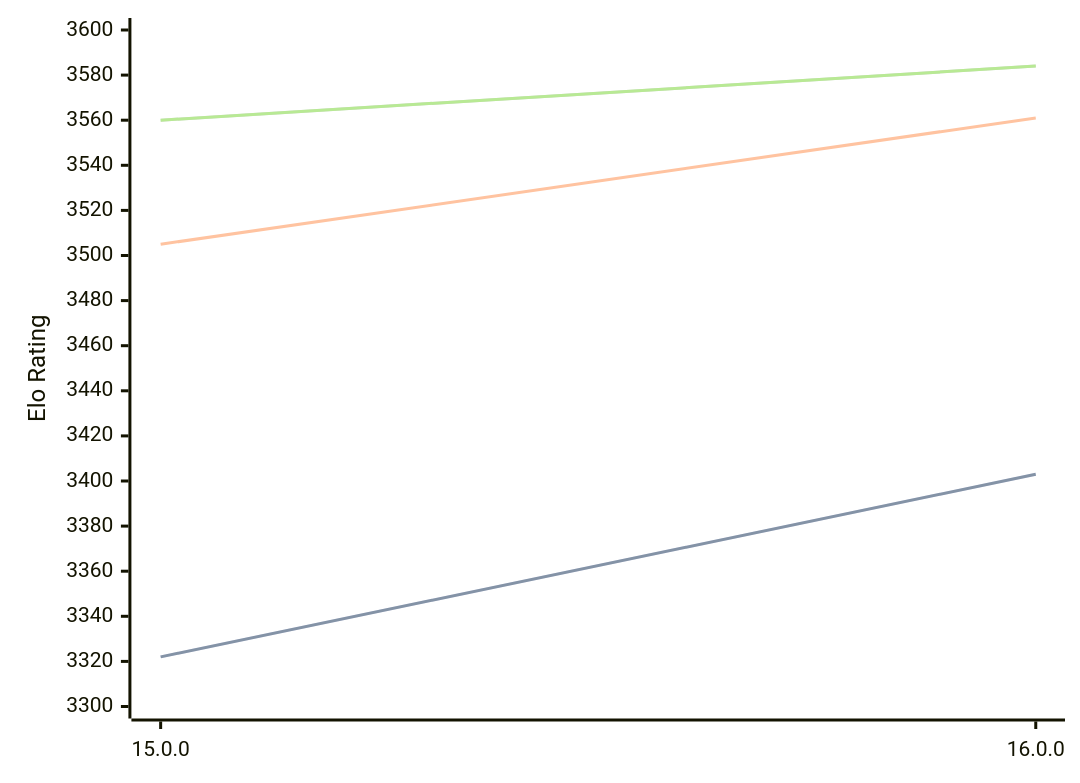
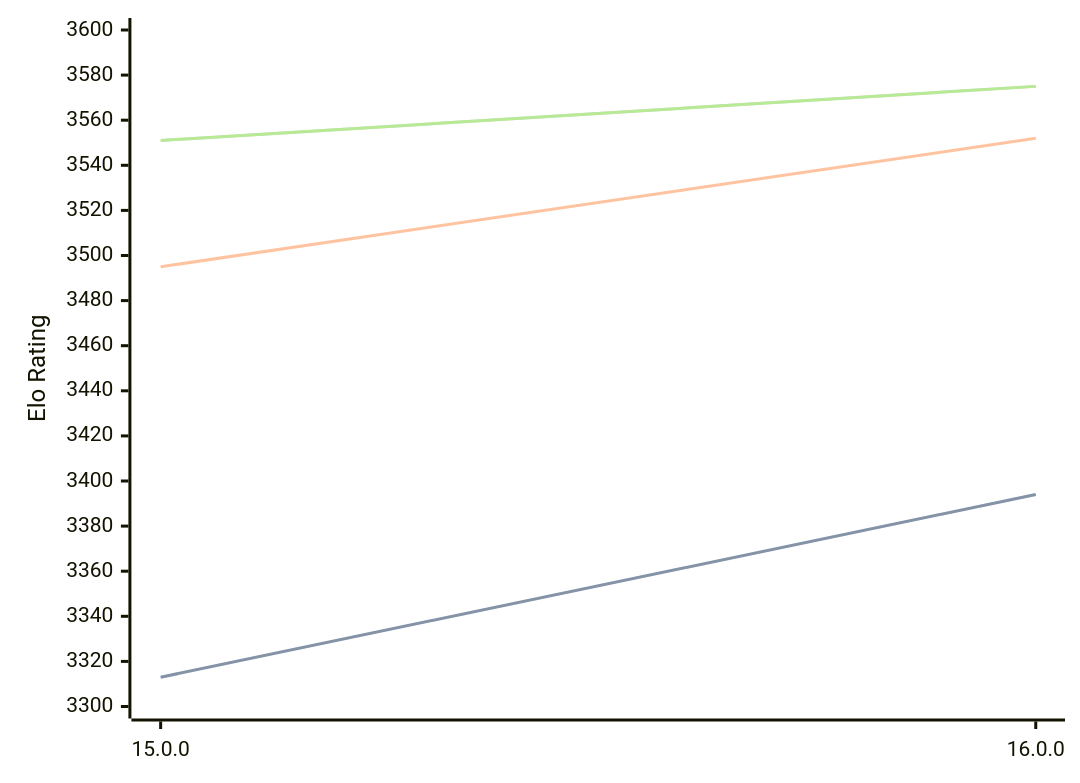
One commit to computer-chess-index/cci changed the diagram in engines/Halogen.md. Above: the diagram before and after it, drawn with Mermaid. The commit also changed other lines of this file, not shown here.

Commit message:
Update CCI Ratings (ELO VLTC) - 2026-03-19

````diff
--- a/engines/Halogen.md
+++ b/engines/Halogen.md
@@ -48,11 +48,11 @@
 ```mermaid
 %%{init: {"theme":"base","themeVariables":{"seriesColors:['#a3a3a3','#222221','#faa371']}}}%%
 xychart-beta
   x-axis ["15.0.0", "16.0.0"]
   y-axis "Elo Rating" 3300 --> 3600
-  line "STC (8.0+0.08s)" [3322, 3403]
-  line "STC (8.0+0.08s)" [3322, 3403]
-  line "LTC (60.0+0.60s)" [3505, 3561]
-  line "VLTC (2m24s+1.12s)" [3560, 3584]
-  line "VLTC (2m24s+1.12s)" [3560, 3584]
+  line "STC (8.0+0.08s)" [3313, 3394]
+  line "STC (8.0+0.08s)" [3313, 3394]
+  line "LTC (60.0+0.60s)" [3495, 3552]
+  line "VLTC (2m24s+1.12s)" [3551, 3575]
+  line "VLTC (2m24s+1.12s)" [3551, 3575]
 ```
````
